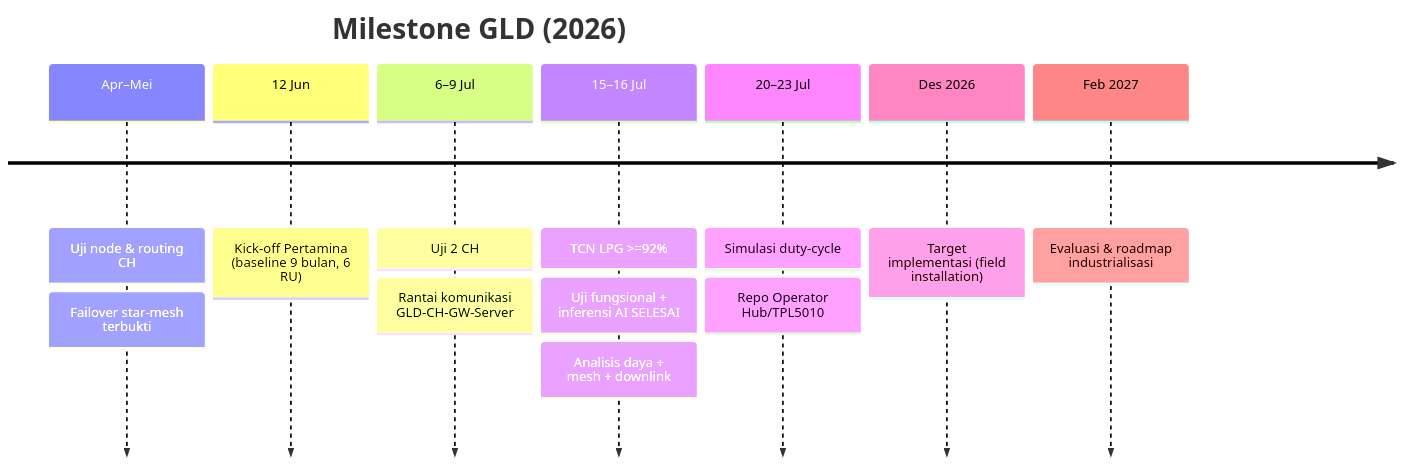
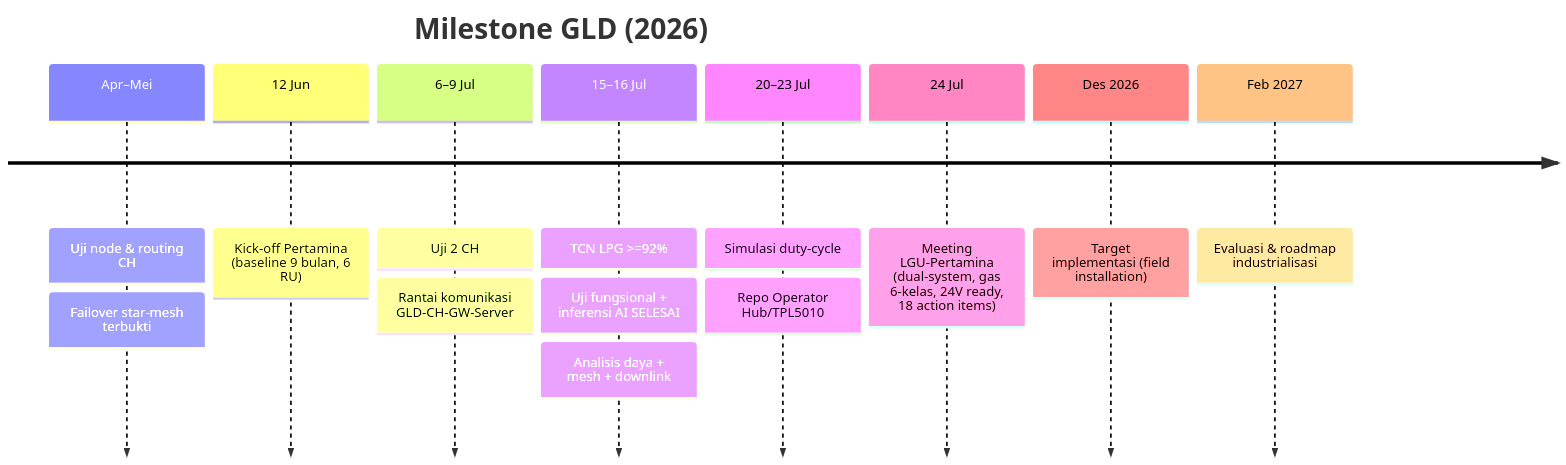
The fourth of 4 diagrams in memory/graph.md (RavellerH/GLD-V2-Report-2026), drawn with Mermaid before and after one commit. The commit also changed other lines of this file and 38 other files, not shown here.

First line of the commit message:
Reorganize root into Deliverables/ and Sumber Dokumen/; catat notulen meeting 24 Jul

````diff
--- a/memory/graph.md
+++ b/memory/graph.md
@@ -96,11 +96,12 @@
 ```mermaid
 timeline
   title Milestone GLD (2026)
   Apr–Mei : Uji node & routing CH : Failover star-mesh terbukti
   12 Jun : Kick-off Pertamina (baseline 9 bulan, 6 RU)
   6–9 Jul : Uji 2 CH : Rantai komunikasi GLD-CH-GW-Server
   15–16 Jul : TCN LPG >=92% : Uji fungsional + inferensi AI SELESAI : Analisis daya + mesh + downlink
   20–23 Jul : Simulasi duty-cycle : Repo Operator Hub/TPL5010
+  24 Jul : Meeting LGU-Pertamina (dual-system, gas 6-kelas, 24V ready, 18 action items)
   Des 2026 : Target implementasi (field installation)
   Feb 2027 : Evaluasi & roadmap industrialisasi
 ```
````
